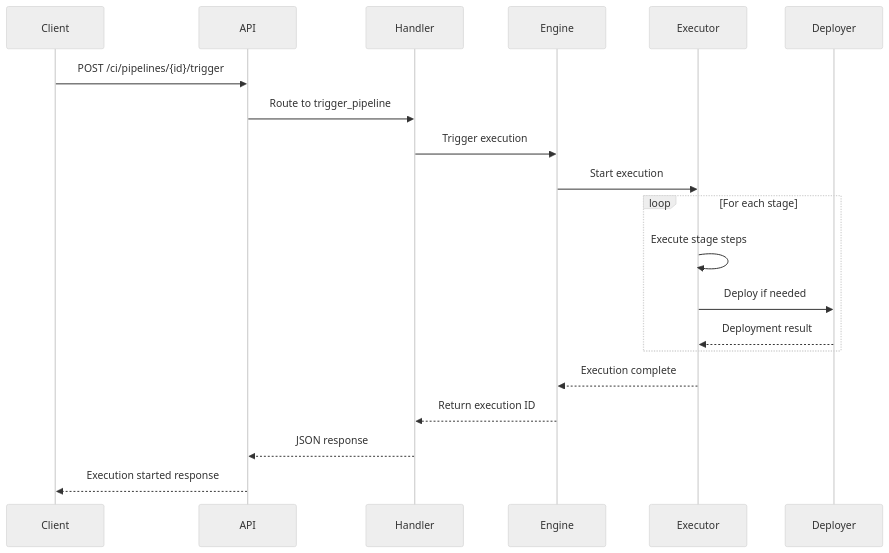
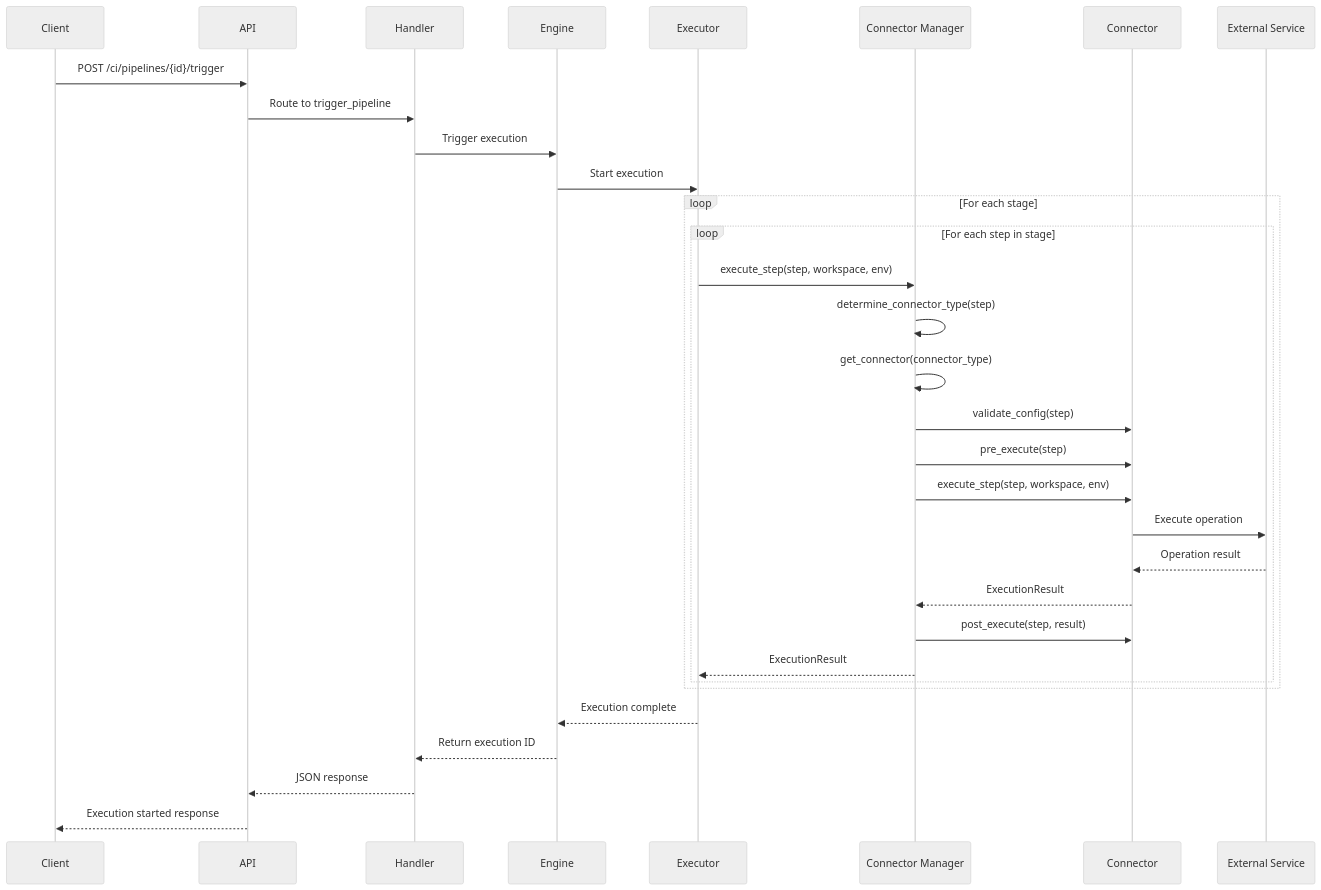
One commit to RitabrataRoychowdhury/RustCI changed the fourth of 14 diagrams in SYSTEM_DESIGN.md. Above: the diagram before and after it, drawn with Mermaid (neutral theme). The commit also changed other lines of this file, not shown here.

````diff
--- a/SYSTEM_DESIGN.md
+++ b/SYSTEM_DESIGN.md
@@ -263,25 +427,37 @@
 ```mermaid
 sequenceDiagram
     participant Client
     participant API
     participant Handler
     participant Engine
     participant Executor
-    participant Deployer
+    participant ConnectorMgr as Connector Manager
+    participant Connector
+    participant External as External Service
     
     Client->>API: POST /ci/pipelines/{id}/trigger
     API->>Handler: Route to trigger_pipeline
     Handler->>Engine: Trigger execution
     Engine->>Executor: Start execution
     
     loop For each stage
-        Executor->>Executor: Execute stage steps
-        Executor->>Deployer: Deploy if needed
-        Deployer-->>Executor: Deployment result
+        loop For each step in stage
+            Executor->>ConnectorMgr: execute_step(step, workspace, env)
+            ConnectorMgr->>ConnectorMgr: determine_connector_type(step)
+            ConnectorMgr->>ConnectorMgr: get_connector(connector_type)
+            ConnectorMgr->>Connector: validate_config(step)
+            ConnectorMgr->>Connector: pre_execute(step)
+            ConnectorMgr->>Connector: execute_step(step, workspace, env)
+            Connector->>External: Execute operation
+            External-->>Connector: Operation result
+            Connector-->>ConnectorMgr: ExecutionResult
+            ConnectorMgr->>Connector: post_execute(step, result)
+            ConnectorMgr-->>Executor: ExecutionResult
+        end
     end
     
     Executor-->>Engine: Execution complete
     Engine-->>Handler: Return execution ID
     Handler-->>API: JSON response
     API-->>Client: Execution started response
 ```
````
